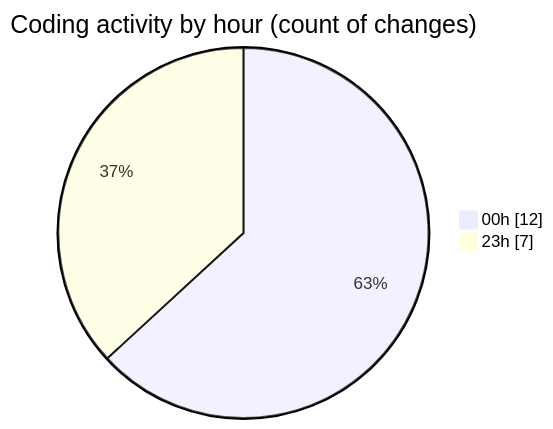
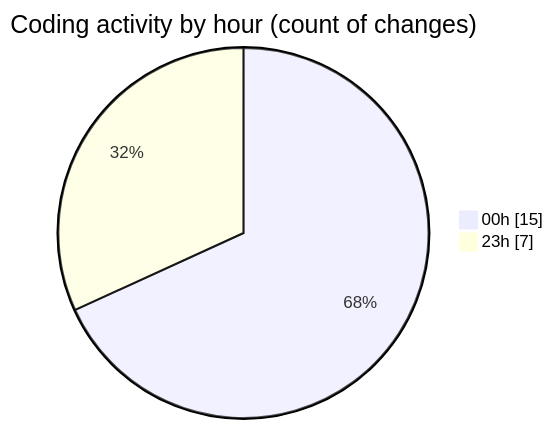
The second of 2 diagrams in 2025-05-28/elitesun/README.md (Elitesun/code-tracking), drawn with Mermaid before and after one commit. The commit also changed other lines of this file and 1 other file, not shown here.

````diff
--- a/2025-05-28/elitesun/README.md
+++ b/2025-05-28/elitesun/README.md
@@ -40,6 +40,6 @@
 ```mermaid
 pie showData
 title Coding activity by hour (count of changes)
-"00h" : 12
+"00h" : 15
 "23h" : 7
 ```
````
